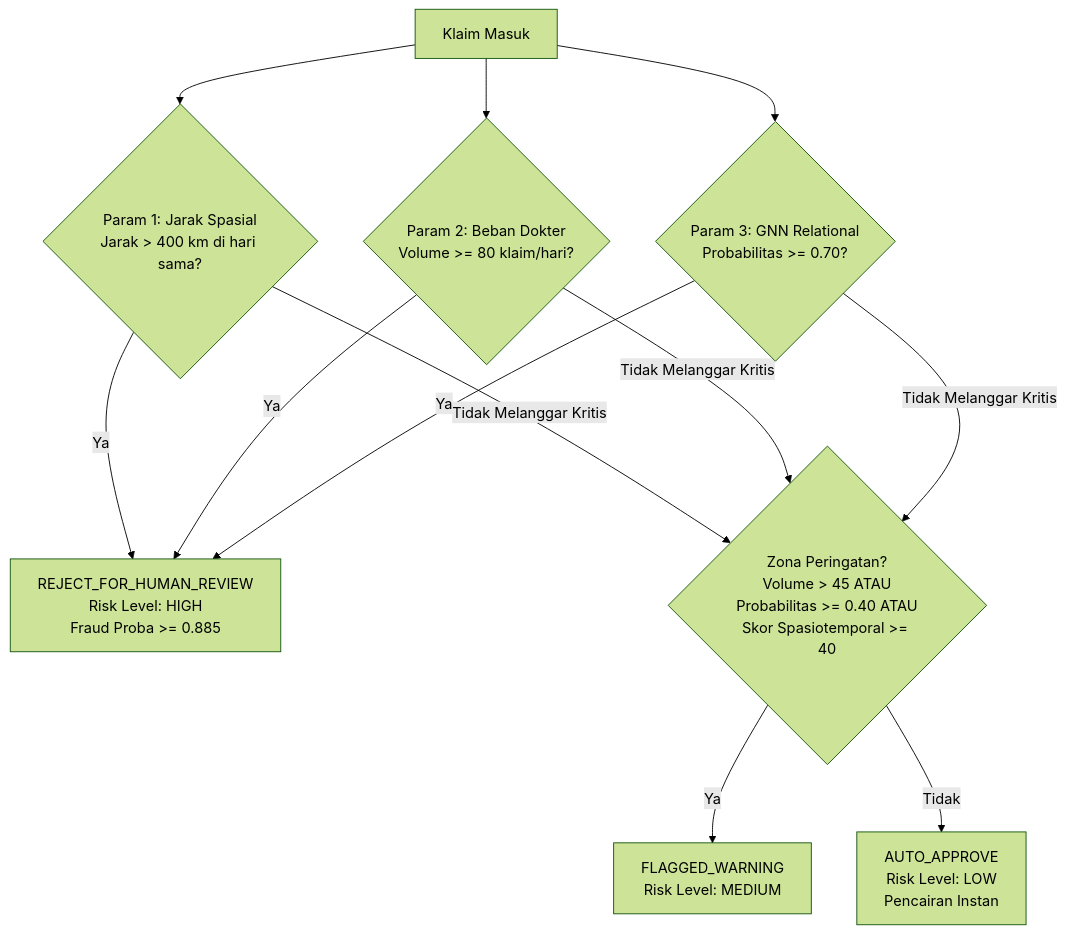
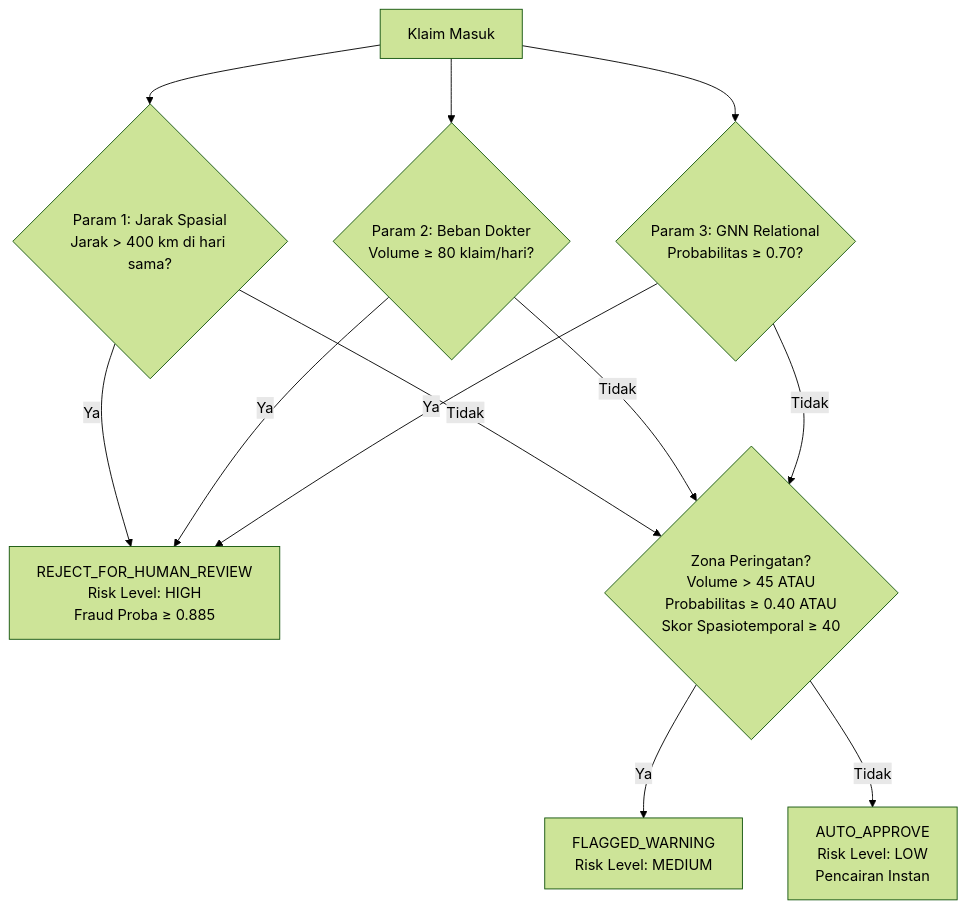
The diagram in docs/API_DOCUMENTATION.md (faiz-jihad/Healthkathon-BPJS-KESEHATAN), drawn with Mermaid (forest theme) before and after one commit. The commit also changed other lines of this file and 23 other files, not shown here.

````diff
--- a/docs/API_DOCUMENTATION.md
+++ b/docs/API_DOCUMENTATION.md
@@ -240,15 +282,17 @@
 ```mermaid
 flowchart TD
-    In[Klaim Masuk] --> P1{Param 1: Jarak Spasial<br/>Jarak > 400 km di hari sama?}
-    In --> P2{Param 2: Beban Dokter<br/>Volume >= 80 klaim/hari?}
-    In --> P3{Param 3: GNN Relational<br/>Probabilitas >= 0.70?}
+    In["Klaim Masuk"] --> P1{"Param 1: Jarak Spasial<br/>Jarak &gt; 400 km di hari sama?"}
+    In --> P2{"Param 2: Beban Dokter<br/>Volume &ge; 80 klaim/hari?"}
+    In --> P3{"Param 3: GNN Relational<br/>Probabilitas &ge; 0.70?"}
 
-    P1 -->|Ya| Rej[REJECT_FOR_HUMAN_REVIEW<br/>Risk Level: HIGH<br/>Fraud Proba >= 0.885]
+    P1 -->|Ya| Rej["REJECT_FOR_HUMAN_REVIEW<br/>Risk Level: HIGH<br/>Fraud Proba &ge; 0.885"]
     P2 -->|Ya| Rej
     P3 -->|Ya| Rej
 
-    P1 & P2 & P3 -->|Tidak Melanggar Kritis| Warn{Zona Peringatan?<br/>Volume > 45 ATAU<br/>Probabilitas >= 0.40 ATAU<br/>Skor Spasiotemporal >= 40}
+    P1 -->|Tidak| Warn{"Zona Peringatan?<br/>Volume &gt; 45 ATAU<br/>Probabilitas &ge; 0.40 ATAU<br/>Skor Spasiotemporal &ge; 40"}
+    P2 -->|Tidak| Warn
+    P3 -->|Tidak| Warn
 
-    Warn -->|Ya| Flag[FLAGGED_WARNING<br/>Risk Level: MEDIUM]
-    Warn -->|Tidak| App[AUTO_APPROVE<br/>Risk Level: LOW<br/>Pencairan Instan]
+    Warn -->|Ya| Flag["FLAGGED_WARNING<br/>Risk Level: MEDIUM"]
+    Warn -->|Tidak| App["AUTO_APPROVE<br/>Risk Level: LOW<br/>Pencairan Instan"]
 ```
````
